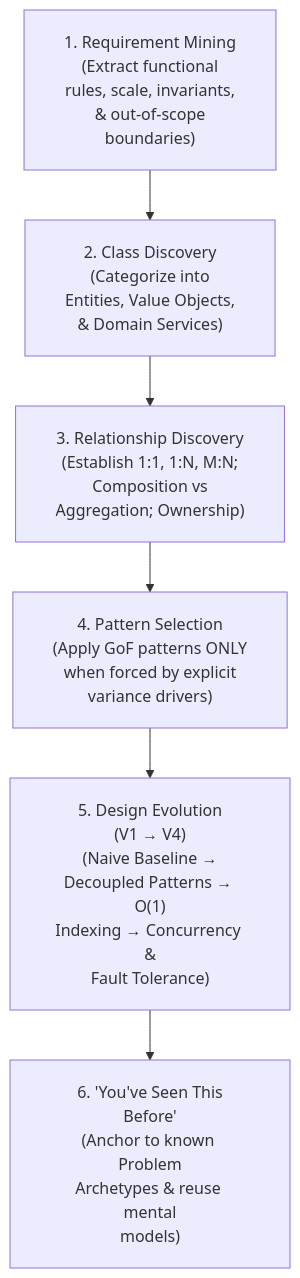
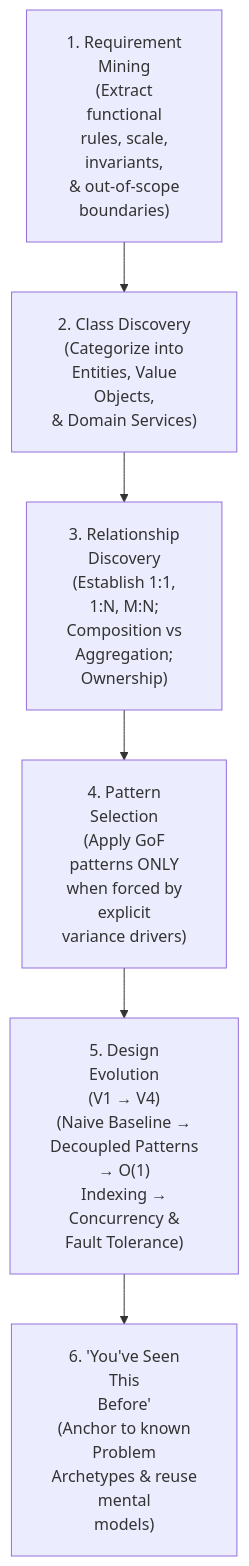
One commit to dip4k/DSA_102 changed the first of 4 diagrams in LLD/00_Core_Concepts/06_Interview_Execution_Framework.md. Above: the diagram before and after it, drawn with Mermaid. The commit also changed other lines of this file and 106 other files, not shown here.

First line of the commit message:
fix(mermaid): prevent text clipping with foreignObject overflow and tighter line wrapping

````diff
--- a/LLD/00_Core_Concepts/06_Interview_Execution_Framework.md
+++ b/LLD/00_Core_Concepts/06_Interview_Execution_Framework.md
@@ -13,9 +13,9 @@
 ```mermaid
-%%{init: {"flowchart": {"htmlLabels": true, "padding": 20}}}%%
+%%{init: {"flowchart": {"htmlLabels": true, "padding": 20}, "themeCSS": "foreignObject { overflow: visible !important; }"}}%%
 flowchart TD
-    S1["1. Requirement Mining<br/>(Extract functional<br/>rules, scale, invariants,<br/>& out-of-scope<br/>boundaries)"] --> S2["2. Class Discovery<br/>(Categorize into<br/>Entities, Value Objects,<br/>& Domain Services)"]
-    S2 --> S3["3. Relationship Discovery<br/>(Establish 1:1, 1:N, M:N;<br/>Composition vs<br/>Aggregation; Ownership)"]
-    S3 --> S4["4. Pattern Selection<br/>(Apply GoF patterns ONLY<br/>when forced by explicit<br/>variance drivers)"]
-    S4 --> S5["5. Design Evolution<br/>(V1 → V4)<br/>(Naive Baseline →<br/>Decoupled Patterns → O(1)<br/>Indexing → Concurrency &<br/>Fault Tolerance)"]
-    S5 --> S6["6. 'You've Seen This<br/>Before'<br/>(Anchor to known Problem<br/>Archetypes & reuse mental<br/>models)"]
+    S1["1. Requirement<br/>Mining<br/>(Extract<br/>functional<br/>rules, scale,<br/>invariants,<br/>& out-of-scope<br/>boundaries)"] --> S2["2. Class Discovery<br/>(Categorize into<br/>Entities, Value<br/>Objects,<br/>& Domain Services)"]
+    S2 --> S3["3. Relationship<br/>Discovery<br/>(Establish 1:1,<br/>1:N, M:N;<br/>Composition vs<br/>Aggregation;<br/>Ownership)"]
+    S3 --> S4["4. Pattern<br/>Selection<br/>(Apply GoF<br/>patterns ONLY<br/>when forced by<br/>explicit<br/>variance drivers)"]
+    S4 --> S5["5. Design<br/>Evolution<br/>(V1 → V4)<br/>(Naive Baseline →<br/>Decoupled Patterns<br/>→ O(1)<br/>Indexing →<br/>Concurrency &<br/>Fault Tolerance)"]
+    S5 --> S6["6. 'You've Seen<br/>This<br/>Before'<br/>(Anchor to known<br/>Problem<br/>Archetypes & reuse<br/>mental<br/>models)"]
 ```
````
